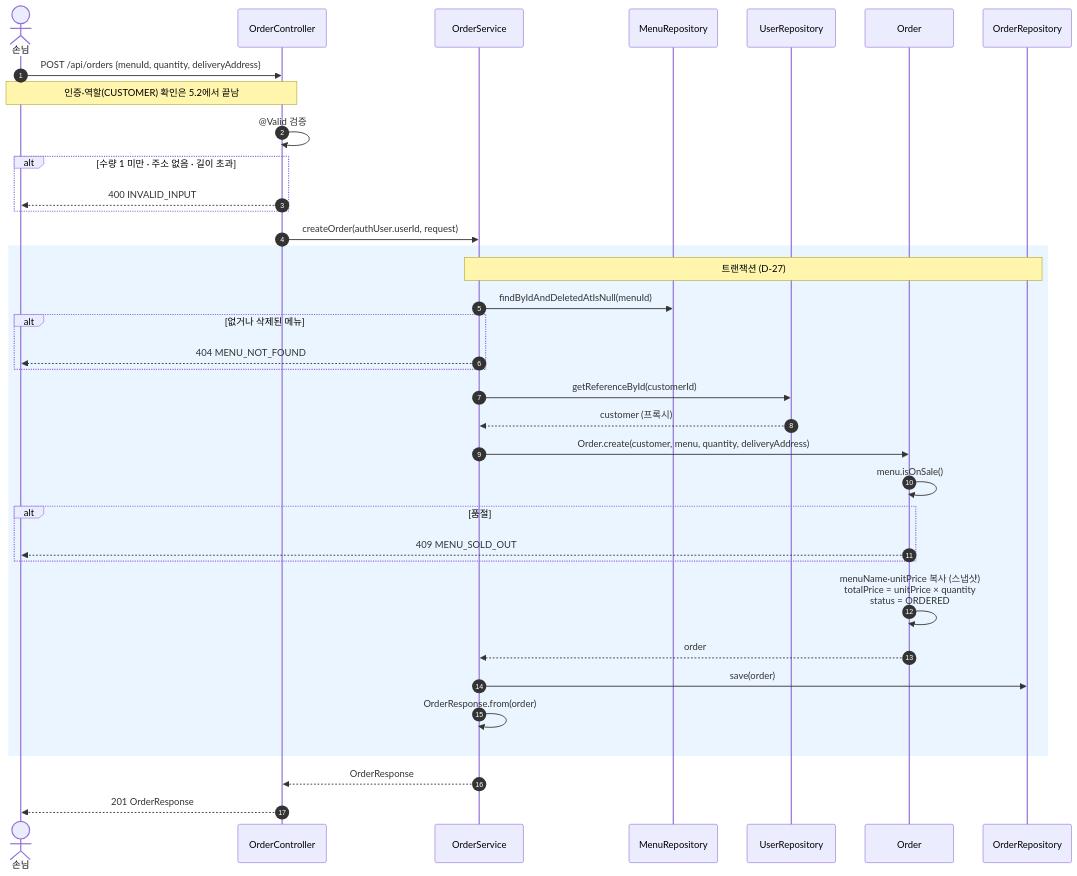
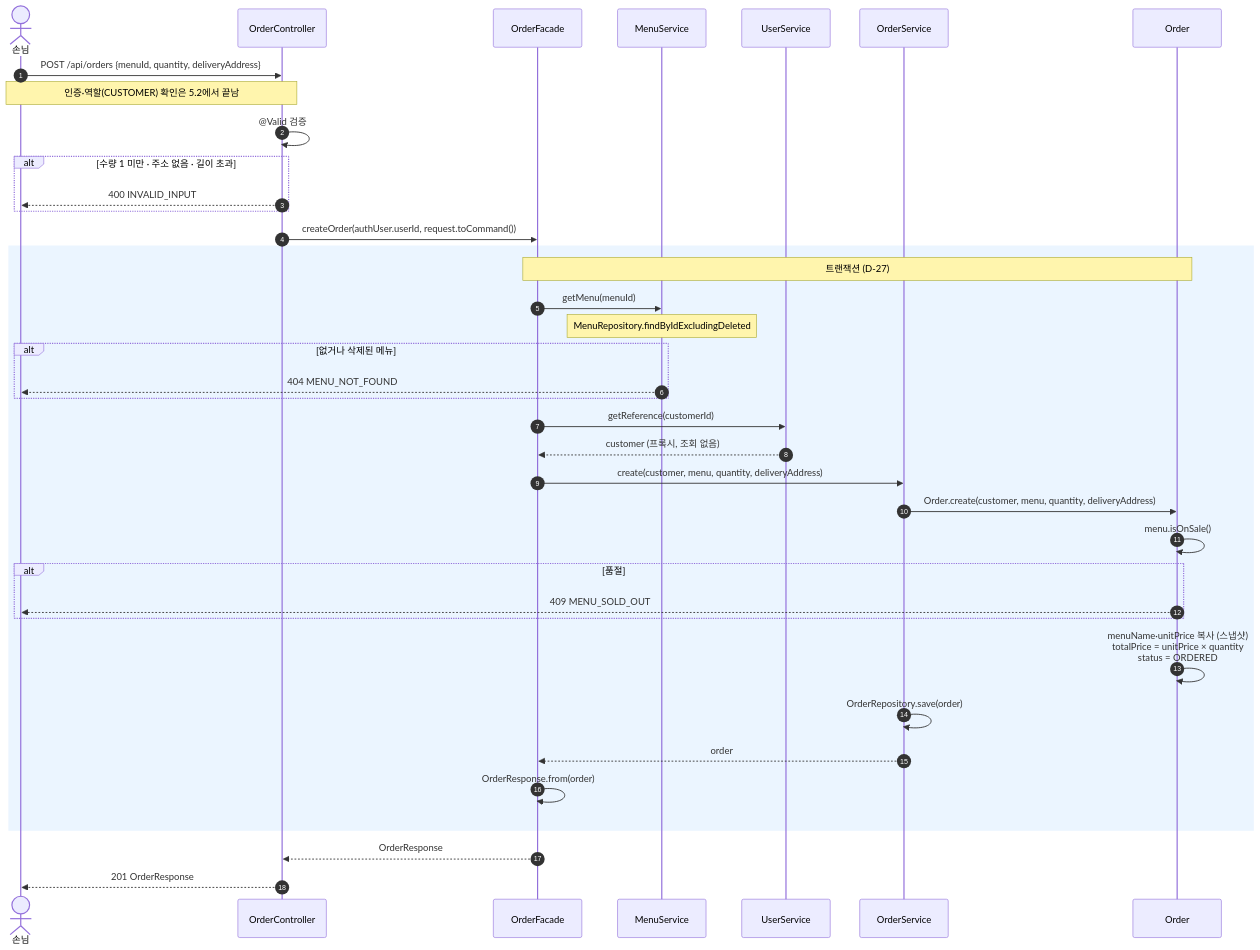
The fourth of 6 diagrams in docs/design/05-sequence-diagram.md (dd-jiny/delivery-order-backend), drawn with Mermaid before and after one commit. The commit also changed other lines of this file and 39 other files, not shown here.

First line of the commit message:
refactor: 4계층 구조 정리 (Repository 분리, Facade 도입, DTO·enum 경계 정리)

````diff
--- a/docs/design/05-sequence-diagram.md
+++ b/docs/design/05-sequence-diagram.md
@@ -155,41 +163,43 @@
 ```mermaid
 sequenceDiagram
     autonumber
     actor U as 손님
     participant C as OrderController
-    participant S as OrderService
-    participant MR as MenuRepository
-    participant UR as UserRepository
+    participant FA as OrderFacade
+    participant MS as MenuService
+    participant US as UserService
+    participant OS as OrderService
     participant O as Order
-    participant OR as OrderRepository
 
     U->>C: POST /api/orders {menuId, quantity, deliveryAddress}
     Note over U,C: 인증·역할(CUSTOMER) 확인은 5.2에서 끝남
     C->>C: @Valid 검증
     alt 수량 1 미만 · 주소 없음 · 길이 초과
         C-->>U: 400 INVALID_INPUT
     end
-    C->>S: createOrder(authUser.userId, request)
+    C->>FA: createOrder(authUser.userId, request.toCommand())
 
     rect rgb(235, 245, 255)
-    Note over S,OR: 트랜잭션 (D-27)
-    S->>MR: findByIdAndDeletedAtIsNull(menuId)
+    Note over FA,O: 트랜잭션 (D-27)
+    FA->>MS: getMenu(menuId)
+    Note over MS: MenuRepository.findByIdExcludingDeleted
     alt 없거나 삭제된 메뉴
-        S-->>U: 404 MENU_NOT_FOUND
+        MS-->>U: 404 MENU_NOT_FOUND
     end
-    S->>UR: getReferenceById(customerId)
-    UR-->>S: customer (프록시)
-    S->>O: Order.create(customer, menu, quantity, deliveryAddress)
+    FA->>US: getReference(customerId)
+    US-->>FA: customer (프록시, 조회 없음)
+    FA->>OS: create(customer, menu, quantity, deliveryAddress)
+    OS->>O: Order.create(customer, menu, quantity, deliveryAddress)
     O->>O: menu.isOnSale()
     alt 품절
         O-->>U: 409 MENU_SOLD_OUT
     end
     O->>O: menuName·unitPrice 복사 (스냅샷)<br>totalPrice = unitPrice × quantity<br>status = ORDERED
-    O-->>S: order
-    S->>OR: save(order)
-    S->>S: OrderResponse.from(order)
+    OS->>OS: OrderRepository.save(order)
+    OS-->>FA: order
+    FA->>FA: OrderResponse.from(order)
     end
 
-    S-->>C: OrderResponse
+    FA-->>C: OrderResponse
     C-->>U: 201 OrderResponse
 ```
````
